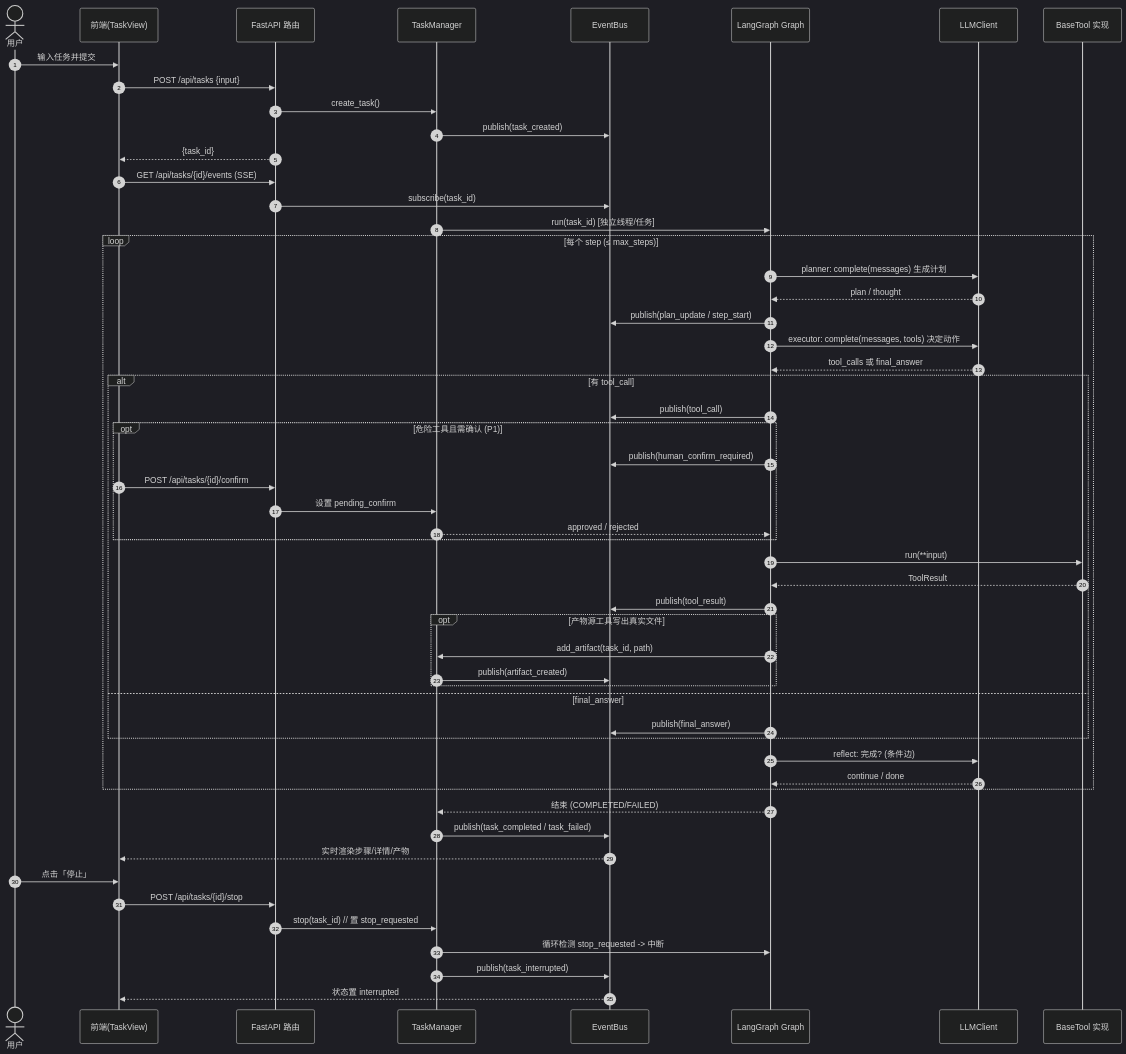
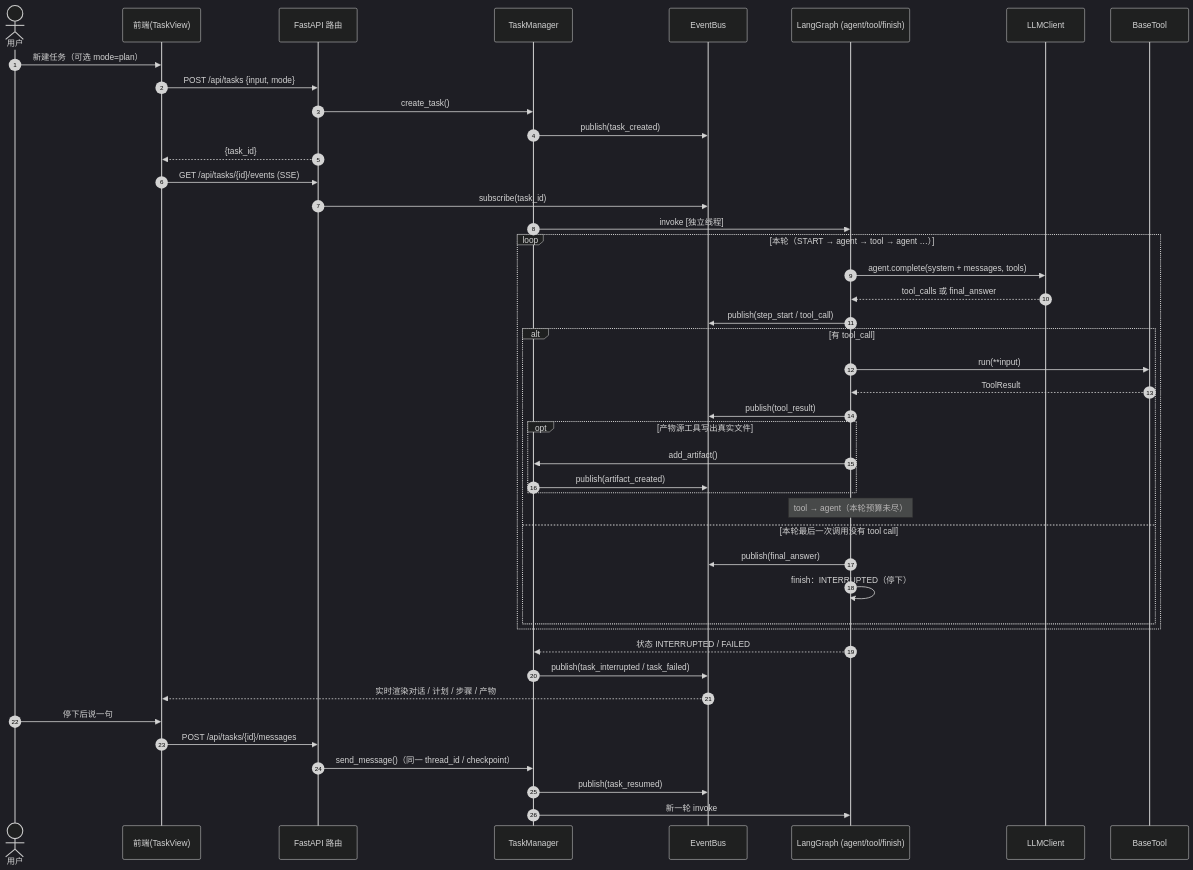
The second of 3 diagrams in docs/architecture.md (renjianguojinqianfan/langgraph-agent), drawn with Mermaid (dark theme) before and after one commit. The commit also changed other lines of this file and 19 other files, not shown here.

````diff
--- a/docs/architecture.md
+++ b/docs/architecture.md
@@ -400,62 +404,49 @@
 ```mermaid
 sequenceDiagram
     autonumber
     actor U as 用户
     participant FE as 前端(TaskView)
     participant API as FastAPI 路由
     participant TM as TaskManager
     participant EB as EventBus
-    participant G as LangGraph Graph
+    participant G as LangGraph (agent/tool/finish)
     participant L as LLMClient
-    participant T as BaseTool 实现
+    participant T as BaseTool
 
-    %% 提交任务
-    U->>FE: 输入任务并提交
-    FE->>API: POST /api/tasks {input}
+    U->>FE: 新建任务（可选 mode=plan）
+    FE->>API: POST /api/tasks {input, mode}
     API->>TM: create_task()
     TM->>EB: publish(task_created)
     API-->>FE: {task_id}
     FE->>API: GET /api/tasks/{id}/events (SSE)
     API->>EB: subscribe(task_id)
 
-    %% 执行循环
-    TM->>G: run(task_id)  [独立线程/任务]
-    loop 每个 step (≤ max_steps)
-        G->>L: planner: complete(messages) 生成计划
-        L-->>G: plan / thought
-        G->>EB: publish(plan_update / step_start)
-        G->>L: executor: complete(messages, tools) 决定动作
+    TM->>G: invoke [独立线程]
+    loop 本轮（START → agent → tool → agent …）
+        G->>L: agent.complete(system + messages, tools)
         L-->>G: tool_calls 或 final_answer
+        G->>EB: publish(step_start / tool_call)
         alt 有 tool_call
-            G->>EB: publish(tool_call)
-            opt 危险工具且需确认 (P1)
-                G->>EB: publish(human_confirm_required)
-                FE->>API: POST /api/tasks/{id}/confirm
-                API->>TM: 设置 pending_confirm
-                TM-->>G: approved / rejected
-            end
             G->>T: run(**input)
             T-->>G: ToolResult
             G->>EB: publish(tool_result)
             opt 产物源工具写出真实文件
-                G->>TM: add_artifact(task_id, path)
+                G->>TM: add_artifact()
                 TM->>EB: publish(artifact_created)
             end
-        else final_answer
+            Note over G: tool → agent（本轮预算未尽）
+        else 本轮最后一次调用没有 tool call
             G->>EB: publish(final_answer)
+            G->>G: finish：INTERRUPTED（停下）
         end
-        G->>L: reflect: 完成? (条件边)
-        L-->>G: continue / done
     end
-    G-->>TM: 结束 (COMPLETED/FAILED)
-    TM->>EB: publish(task_completed / task_failed)
-    EB-->>FE: 实时渲染步骤/详情/产物
+    G-->>TM: 状态 INTERRUPTED / FAILED
+    TM->>EB: publish(task_interrupted / task_failed)
+    EB-->>FE: 实时渲染对话 / 计划 / 步骤 / 产物
 
-    %% 停止控制
-    U->>FE: 点击「停止」
-    FE->>API: POST /api/tasks/{id}/stop
-    API->>TM: stop(task_id)  // 置 stop_requested
-    TM->>G: 循环检测 stop_requested -> 中断
-    TM->>EB: publish(task_interrupted)
-    EB-->>FE: 状态置 interrupted
+    U->>FE: 停下后说一句
+    FE->>API: POST /api/tasks/{id}/messages
+    API->>TM: send_message()（同一 thread_id / checkpoint）
+    TM->>EB: publish(task_resumed)
+    TM->>G: 新一轮 invoke
 ```
````
